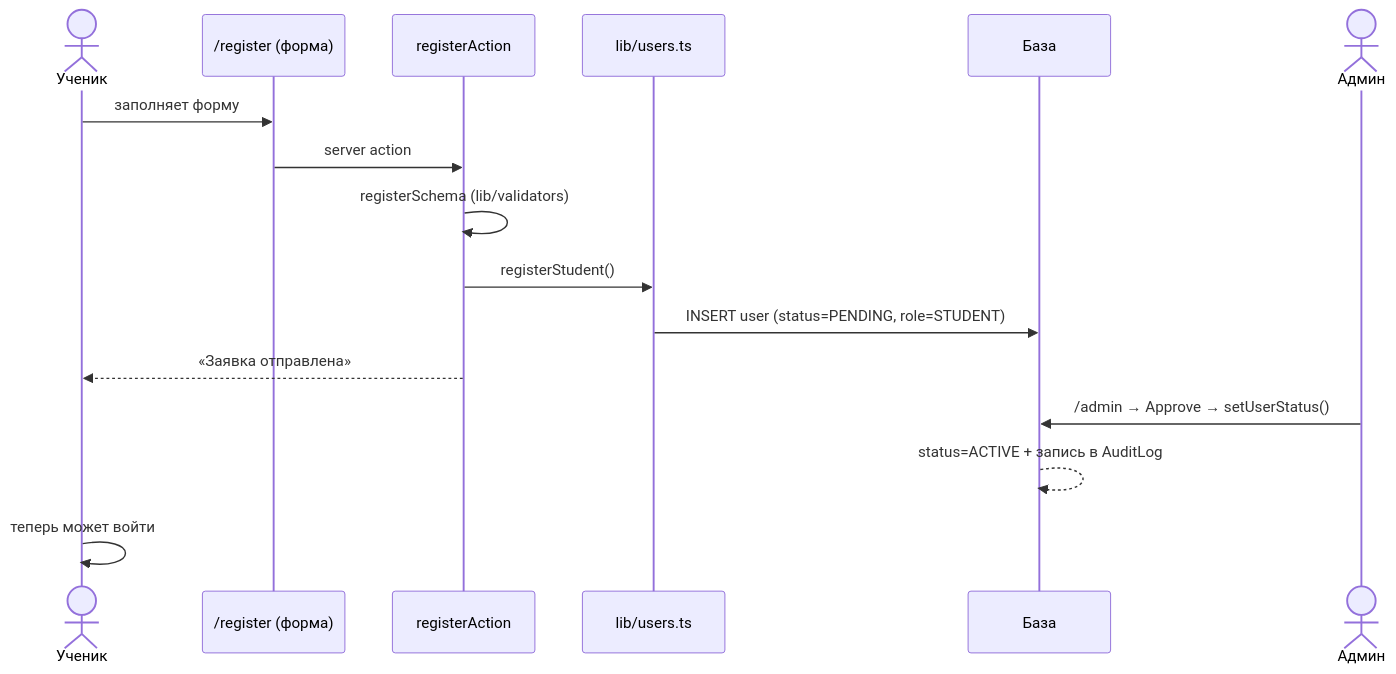
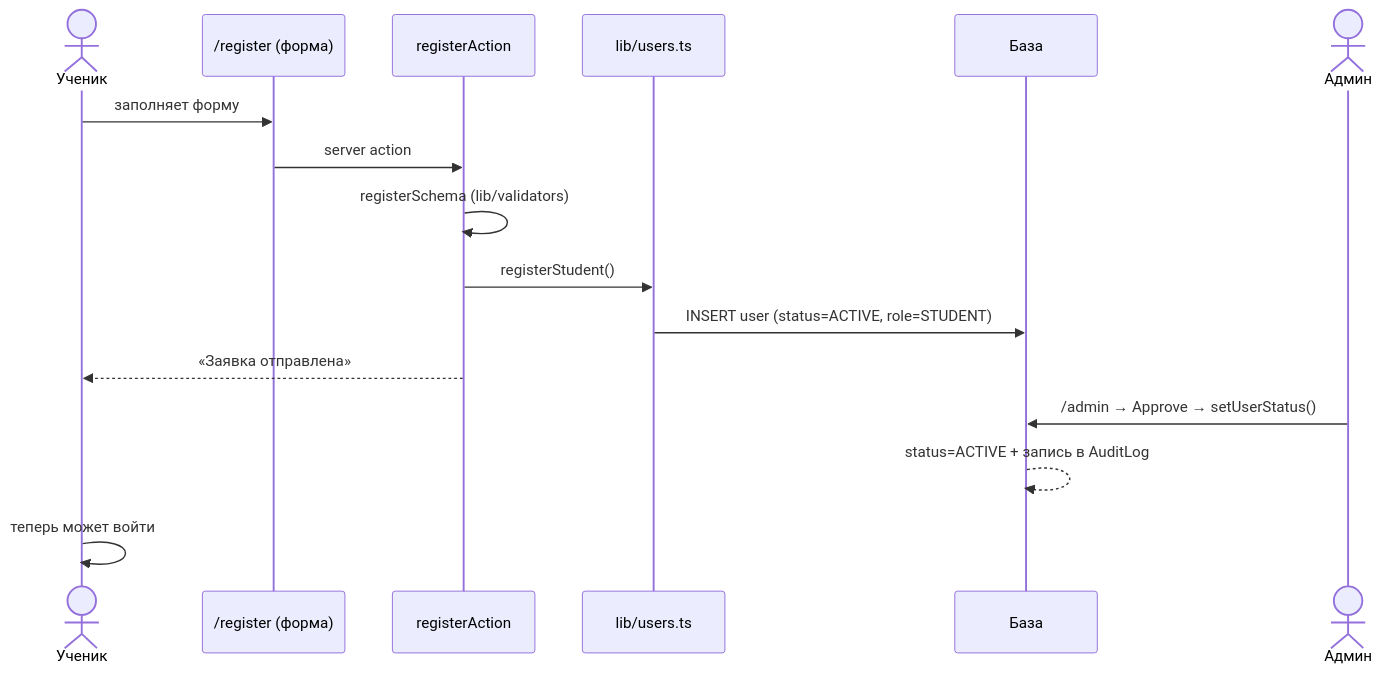
Before and after one commit to azizbekforgit-sudo/Aziz-s_2-projects: the second of 5 diagrams in docs/ARCHITECTURE.md, drawn with Mermaid. The commit also changed other lines of this file and 18 other files, not shown here.

````diff
--- a/docs/ARCHITECTURE.md
+++ b/docs/ARCHITECTURE.md
@@ -101,18 +101,18 @@
 ```mermaid
 sequenceDiagram
   actor S as Ученик
   participant R as /register (форма)
   participant A as registerAction
   participant L as lib/users.ts
   participant DB as База
   actor AD as Админ
   S->>R: заполняет форму
   R->>A: server action
   A->>A: registerSchema (lib/validators)
   A->>L: registerStudent()
-  L->>DB: INSERT user (status=PENDING, role=STUDENT)
+  L->>DB: INSERT user (status=ACTIVE, role=STUDENT)
   A-->>S: «Заявка отправлена»
   AD->>DB: /admin → Approve → setUserStatus()
   DB-->>DB: status=ACTIVE + запись в AuditLog
   S->>S: теперь может войти
 ```
````
